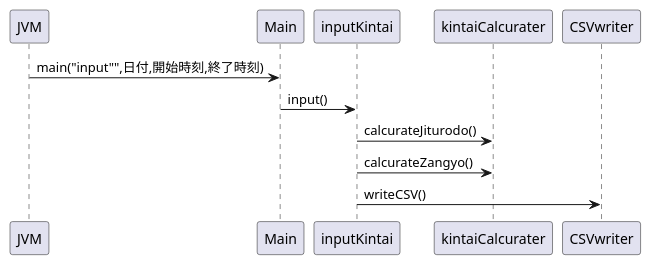
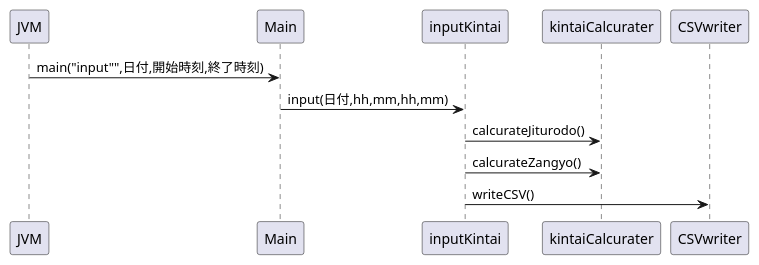
The diagram in doc/sequence-diagram-input.pu (biglobe-isp/kintai), drawn with PlantUML before and after one commit. The commit also changed 4 other files, not shown here.

```diff
--- a/doc/sequence-diagram-input.pu
+++ b/doc/sequence-diagram-input.pu
@@ -1,14 +1,14 @@
 @startuml
 JVM->Main:main("input"",日付,開始時刻,終了時刻)
 '入力チェック :UI
 '開始時刻、終了時刻の取得 :UI
 '実労働時間の計算（開始〜終了までの時間-休憩時間）:domain
 '   休憩時間に労働時間が重ねっている時間帯だけが引き算される
-'残業時間の計算:domain
+'残業時間の計算:domainIN
 'CSVファイルへの書き出し:infra
 
-Main->inputKintai:input()
+Main->inputKintai:input(日付,hh,mm,hh,mm)
 inputKintai->kintaiCalcurater:calcurateJiturodo()
 inputKintai->kintaiCalcurater:calcurateZangyo()
 inputKintai->CSVwriter:writeCSV()
 @enduml
```
